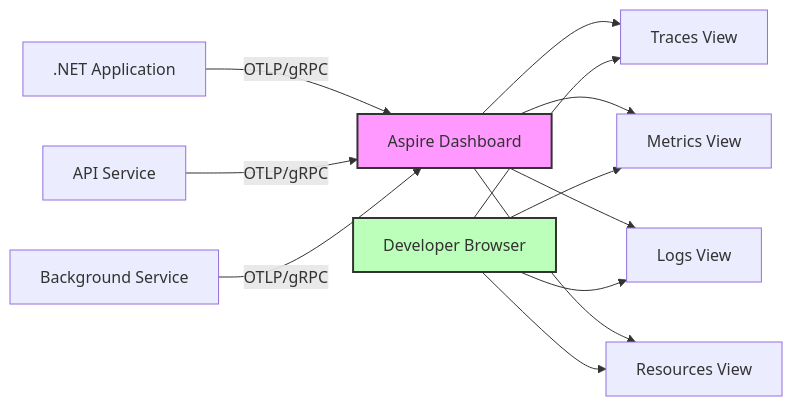
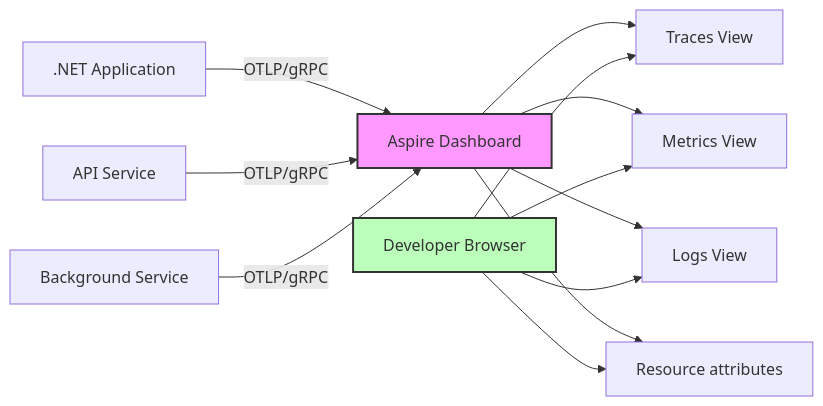
One commit to OneUptime/blog changed the diagram in posts/2026-02-06-aspire-dashboard-local-opentelemetry-development-dotnet/README.md. Above: the diagram before and after it, drawn with Mermaid. The commit also changed other lines of this file and 2 other files, not shown here.

````diff
--- a/posts/2026-02-06-aspire-dashboard-local-opentelemetry-development-dotnet/README.md
+++ b/posts/2026-02-06-aspire-dashboard-local-opentelemetry-development-dotnet/README.md
@@ -537,17 +537,17 @@
 ```mermaid
 graph LR
     A[.NET Application] -->|OTLP/gRPC| B[Aspire Dashboard]
     C[API Service] -->|OTLP/gRPC| B
     D[Background Service] -->|OTLP/gRPC| B
     B --> E[Traces View]
     B --> F[Metrics View]
     B --> G[Logs View]
-    B --> H[Resources View]
+    B --> H[Resource attributes]
     I[Developer Browser] --> E
     I --> F
     I --> G
     I --> H
 
     style B fill:#f9f,stroke:#333,stroke-width:2px
     style I fill:#bfb,stroke:#333,stroke-width:2px
 ```
````
